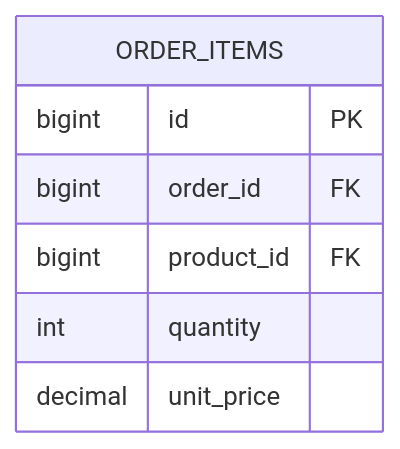
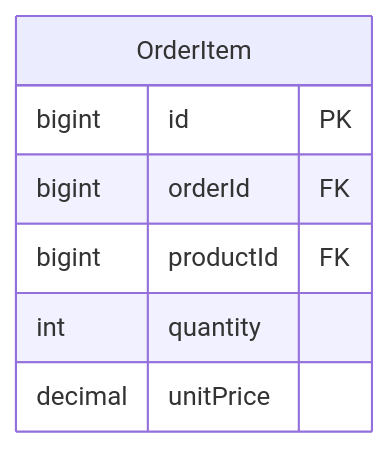
One commit to upleat-ax/u-maker-plugin changed the second of 6 diagrams in skills/u-design/references/erd-spec.md. Above: the diagram before and after it, drawn with Mermaid. The commit also changed other lines of this file and 2 other files, not shown here.

First line of the commit message:
feat: switch ERD naming convention to camelCase standard

````diff
--- a/skills/u-design/references/erd-spec.md
+++ b/skills/u-design/references/erd-spec.md
@@ -96,11 +96,11 @@
 ```mermaid
 erDiagram
-    ORDER_ITEMS {
+    OrderItem {
         bigint id PK
-        bigint order_id FK
-        bigint product_id FK
+        bigint orderId FK
+        bigint productId FK
         int quantity
-        decimal unit_price
+        decimal unitPrice
     }
-    %% order_id + product_id also forms a unique composite key
+    %% orderId + productId also forms a unique composite key
 ```
````
